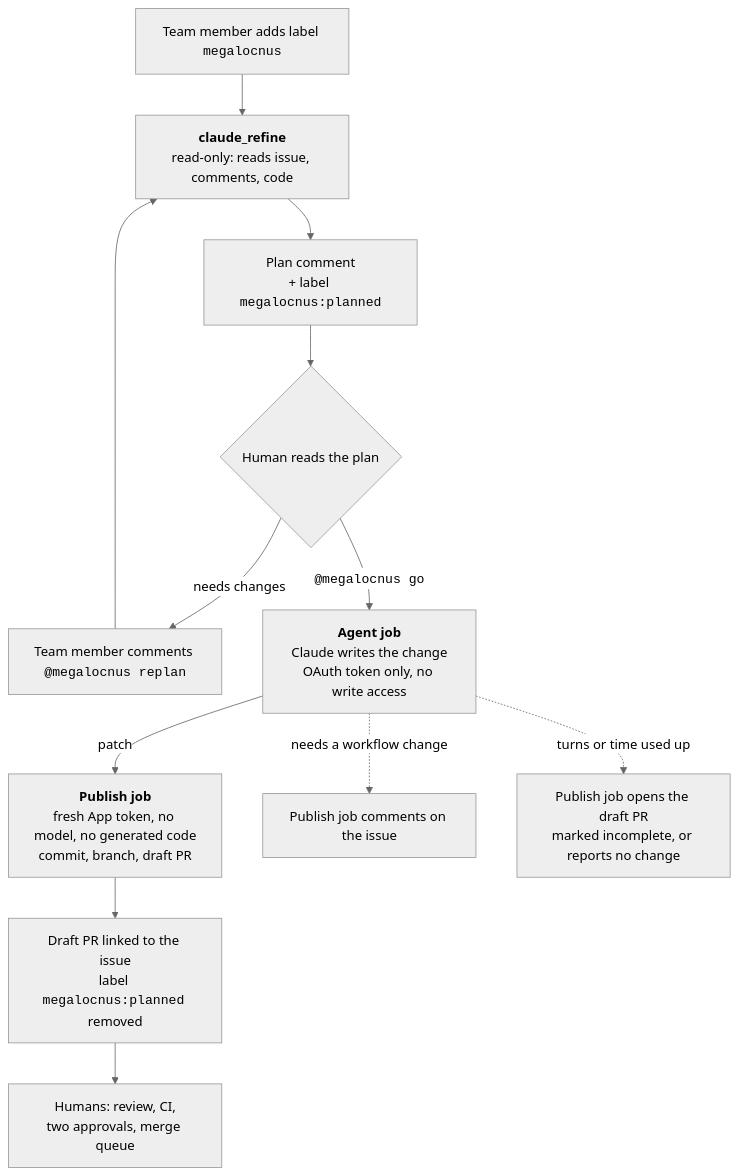
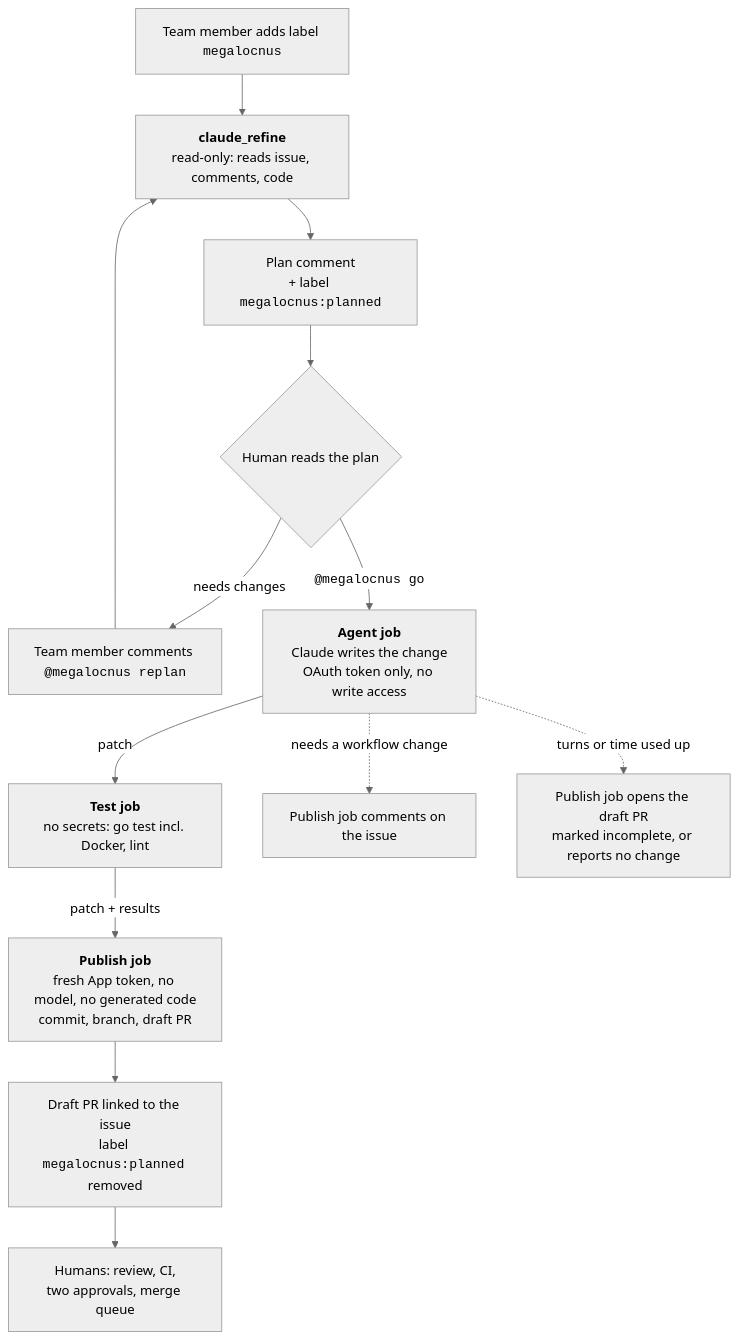
One commit to neicnordic/sensitive-data-archive changed the diagram in docs/rfcs/0006-megalocnus-claude-coding-bot.md. Above: the diagram before and after it, drawn with Mermaid (neutral theme). The commit also changed other lines of this file, not shown here.

Commit message:
docs(rfc): add a secret-free test job to the RFC-0006 implement flow

````diff
--- a/docs/rfcs/0006-megalocnus-claude-coding-bot.md
+++ b/docs/rfcs/0006-megalocnus-claude-coding-bot.md
@@ -63,14 +63,15 @@
 ```mermaid
 flowchart TD
     label["Team member adds label <code>megalocnus</code>"] --> refine
     replan["Team member comments <code>@megalocnus replan</code>"] --> refine
     refine["<b>claude_refine</b><br/>read-only: reads issue, comments, code"] --> plan
     plan["Plan comment<br/>+ label <code>megalocnus:planned</code>"] --> human{"Human reads the plan"}
     human -- "needs changes" --> replan
     human -- "<code>@megalocnus go</code>" --> agent
-    agent["<b>Agent job</b><br/>Claude writes the change<br/>OAuth token only, no write access"] -- "patch" --> publish
+    agent["<b>Agent job</b><br/>Claude writes the change<br/>OAuth token only, no write access"] -- "patch" --> test
+    test["<b>Test job</b><br/>no secrets: go test incl. Docker, lint"] -- "patch + results" --> publish
     publish["<b>Publish job</b><br/>fresh App token, no model, no generated code<br/>commit, branch, draft PR"] --> pr
     agent -. "needs a workflow change" .-> stop["Publish job comments on the issue"]
     agent -. "turns or time used up" .-> partial["Publish job opens the draft PR<br/>marked incomplete, or reports no change"]
     pr["Draft PR linked to the issue<br/>label <code>megalocnus:planned</code> removed"] --> review["Humans: review, CI,<br/>two approvals, merge queue"]
 ```
````
